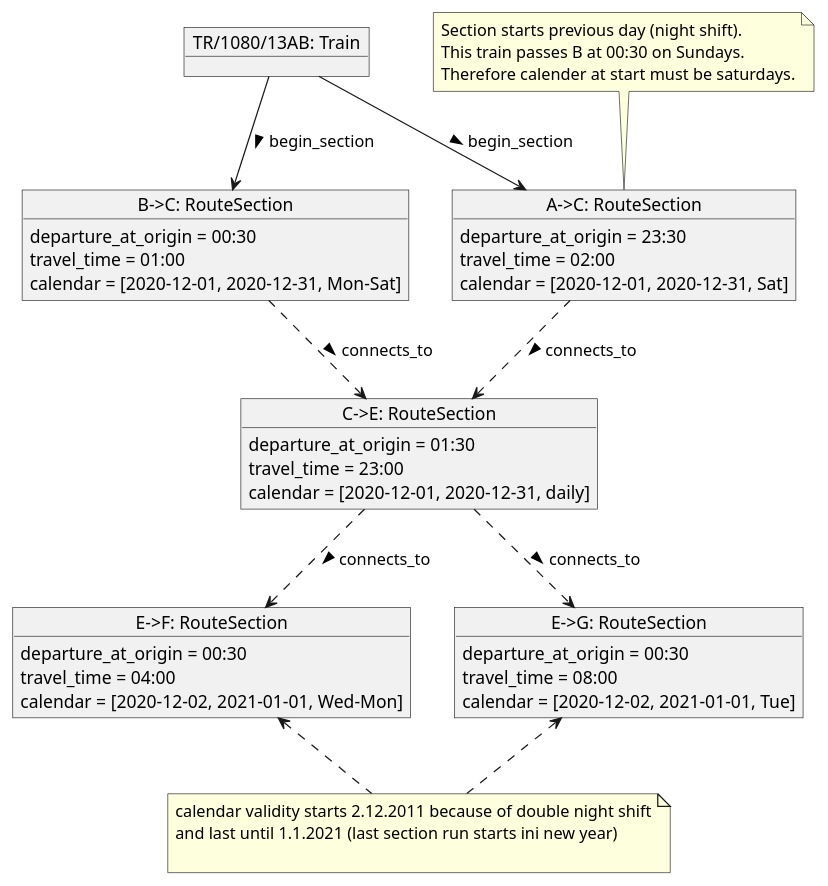
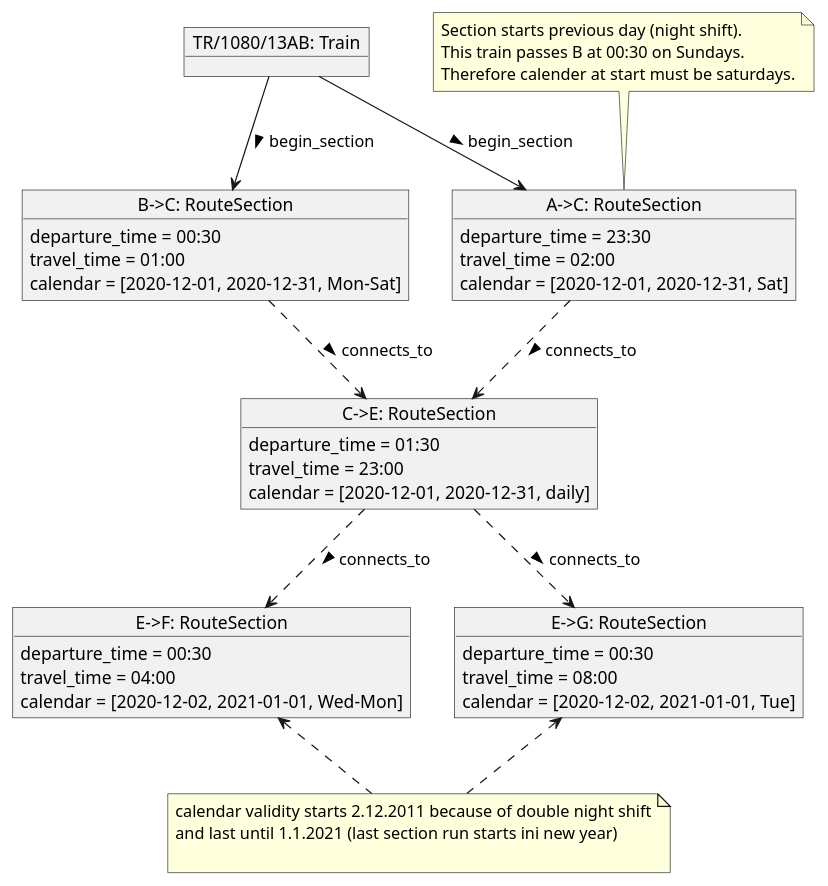
The diagram in docs/uml/tom-example-a-f.puml (monora/tom), drawn with PlantUML before and after one commit. The commit also changed 14 other files, not shown here.

First line of the commit message:
Rename (origin, destination) to (departure_station, arrival_station)

```diff
--- a/docs/uml/tom-example-a-f.puml
+++ b/docs/uml/tom-example-a-f.puml
@@ -1,49 +1,49 @@
 object "TR/1080/13AB: Train" as tr
 object "A->C: RouteSection" as ac
 object "B->C: RouteSection" as bc
 object "C->E: RouteSection" as ce
 object "E->F: RouteSection" as ef
 object "E->G: RouteSection" as eg
 
-ac : departure_at_origin = 23:30
+ac : departure_time = 23:30
 ac : travel_time = 02:00
 ac : calendar = [2020-12-01, 2020-12-31, Sat]
 
-bc : departure_at_origin = 00:30
+bc : departure_time = 00:30
 bc : travel_time = 01:00
 bc : calendar = [2020-12-01, 2020-12-31, Mon-Sat]
 
-ce : departure_at_origin = 01:30
+ce : departure_time = 01:30
 ce : travel_time = 23:00
 ce : calendar = [2020-12-01, 2020-12-31, daily]
 
-ef : departure_at_origin = 00:30
+ef : departure_time = 00:30
 ef : travel_time = 04:00
 ef : calendar = [2020-12-02, 2021-01-01, Wed-Mon]
 
-eg : departure_at_origin = 00:30
+eg : departure_time = 00:30
 eg : travel_time = 08:00
 eg : calendar = [2020-12-02, 2021-01-01, Tue]
 
 tr --> ac : begin_section >
 tr --> bc : begin_section >
 
 ac ..> ce : connects_to >
 bc ..> ce : connects_to >
 ce ..> ef : connects_to >
 ce ..> eg : connects_to >
 
 note top of ac
     Section starts previous day (night shift).
     This train passes B at 00:30 on Sundays.
     Therefore calender at start must be saturdays.
 end note
 
 note as n1
     calendar validity starts 2.12.2011 because of double night shift
     and last until 1.1.2021 (last section run starts ini new year)
 
 end note
 
 ef <.. n1
 eg <.. n1
```
